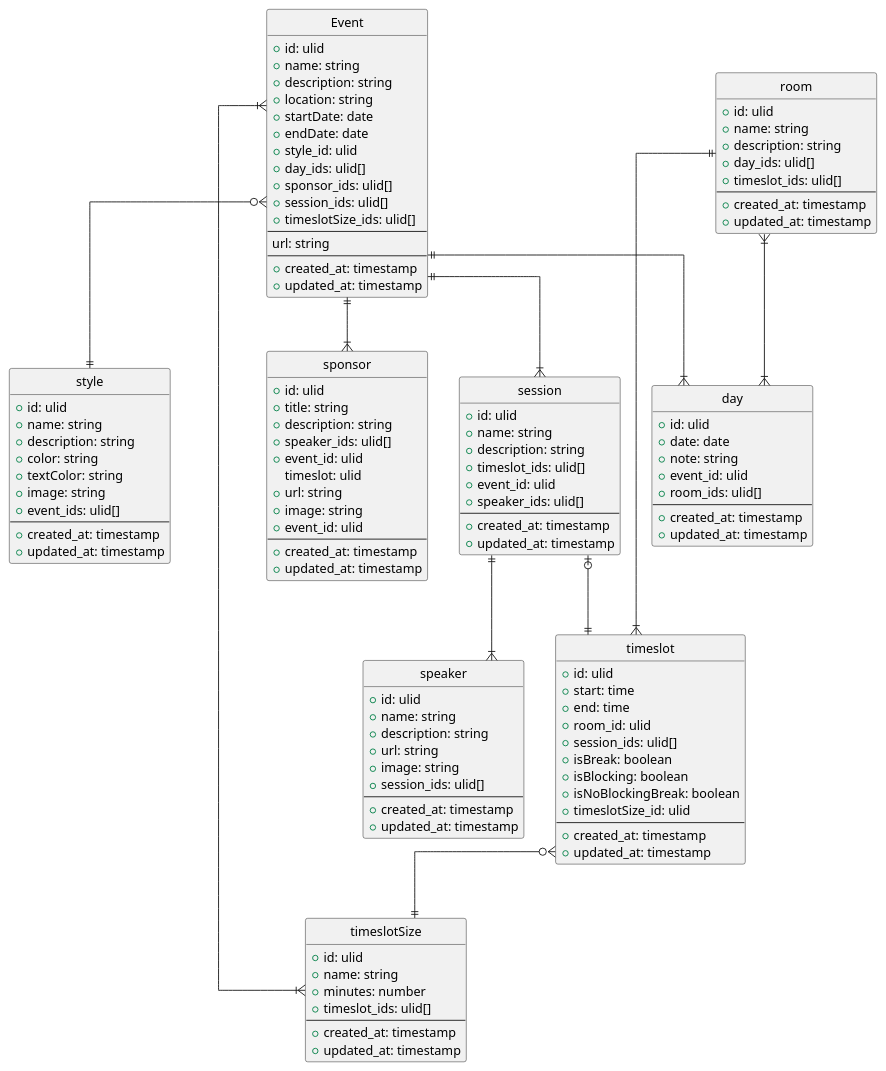
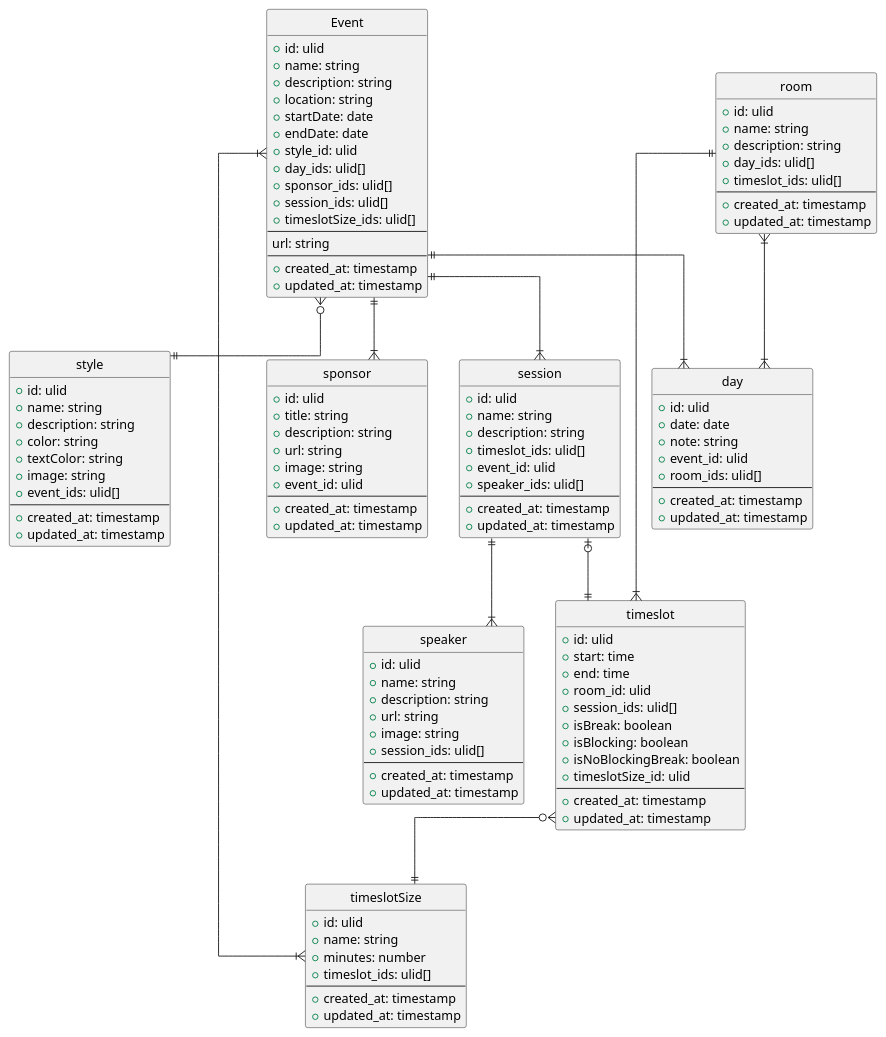
The diagram in docs/diagrams/database_models.puml (mayflower/oTTo), drawn with PlantUML before and after one commit. The commit also changed 4 other files, not shown here.

```diff
--- a/docs/diagrams/database_models.puml
+++ b/docs/diagrams/database_models.puml
@@ -1,136 +1,133 @@
 @startuml DatabaseModels
 
 hide circle
 
 skinparam linetype ortho
 
 entity "Event" as e {
     + id: ulid
     + name: string
     + description: string
     + location: string
     + startDate: date
     + endDate: date
     + style_id: ulid
     + day_ids: ulid[]
     + sponsor_ids: ulid[]
     + session_ids: ulid[]
     + timeslotSize_ids: ulid[]
     --
     url: string
     --
     + created_at: timestamp
     + updated_at: timestamp
 }
 
 entity "style" as s {
     + id: ulid
     + name: string
     + description: string
     + color: string
     + textColor: string
     + image: string
     + event_ids: ulid[]
     --
     + created_at: timestamp
     + updated_at: timestamp
 }
 
 entity "day" as d {
     + id: ulid
     + date: date
     + note: string
     + event_id: ulid
     + room_ids: ulid[]
     --
     + created_at: timestamp
     + updated_at: timestamp
 }
 
 entity "room" as r {
     + id: ulid
     + name: string
     + description: string
     + day_ids: ulid[]
     + timeslot_ids: ulid[]
     --
     + created_at: timestamp
     + updated_at: timestamp
 }
 
 entity "timeslot" as t {
     + id: ulid
     + start: time
     + end: time
     + room_id: ulid
     + session_ids: ulid[]
     + isBreak: boolean
     + isBlocking: boolean
     + isNoBlockingBreak: boolean
     + timeslotSize_id: ulid
     --
     + created_at: timestamp
     + updated_at: timestamp
 }
 
 entity "timeslotSize" as ts {
     + id: ulid
     + name: string
     + minutes: number
     + timeslot_ids: ulid[]
     --
     + created_at: timestamp
     + updated_at: timestamp
 }
 
 entity "sponsor" as sp {
     + id: ulid
     + title: string
     + description: string
-    + speaker_ids: ulid[]
-    + event_id: ulid
-    timeslot: ulid
     + url: string
     + image: string
     + event_id: ulid
     --
     + created_at: timestamp
     + updated_at: timestamp
 }
 
 entity "session" as se {
     + id: ulid
     + name: string
     + description: string
     + timeslot_ids: ulid[]
     + event_id: ulid
     + speaker_ids: ulid[]
     --
     + created_at: timestamp
     + updated_at: timestamp
 }
 
 entity "speaker" as spk {
     + id: ulid
     + name: string
     + description: string
     + url: string
     + image: string
     + session_ids: ulid[]
     --
     + created_at: timestamp
     + updated_at: timestamp
 }
 
 e }o--|| s
 e ||--|{ d
 r }|--|{ d
 r ||--|{ t
 t }o--|| ts
 e ||--|{ sp
 e }|--|{ ts
 e ||--|{ se
 se ||--|{ spk
 se |o--|| t
 
 @enduml
```
